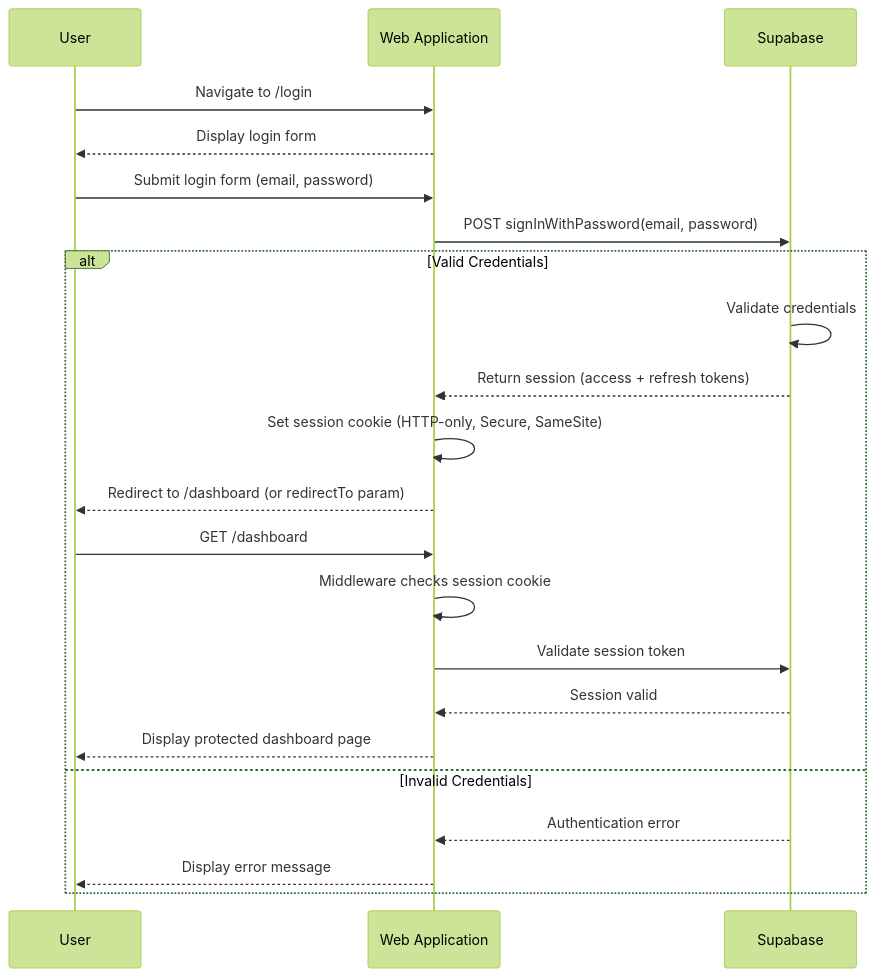
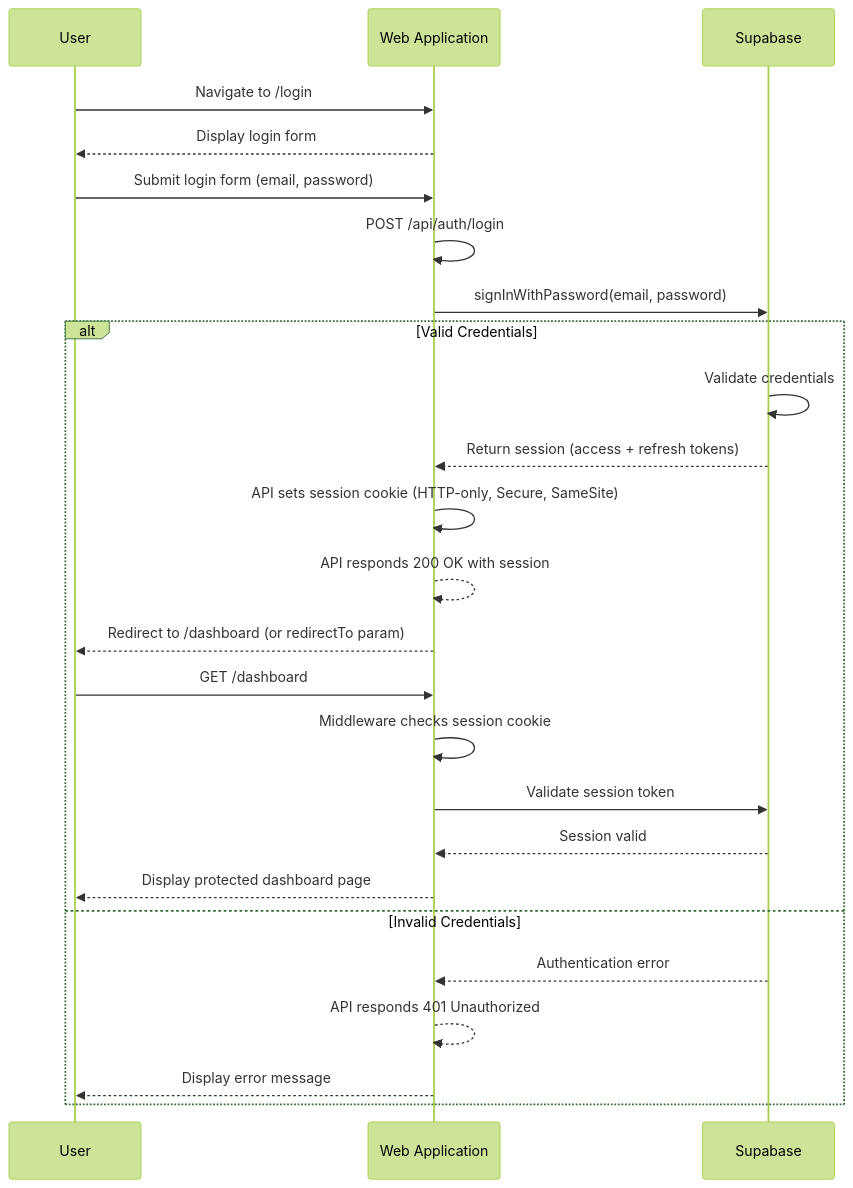
One commit to allev1985/topten changed the second of 3 diagrams in docs/decisions/auth-sequence-diagrams.md. Above: the diagram before and after it, drawn with Mermaid (forest theme). The commit also changed other lines of this file, not shown here.

First line of the commit message:
feat: Add API layer to authentication sequence diagrams

````diff
--- a/docs/decisions/auth-sequence-diagrams.md
+++ b/docs/decisions/auth-sequence-diagrams.md
@@ -44,27 +46,31 @@
 ```mermaid
 sequenceDiagram
     participant User
     participant WebApp as Web Application
     participant Supabase
 
     User->>WebApp: Navigate to /login
     WebApp-->>User: Display login form
 
     User->>WebApp: Submit login form (email, password)
-    WebApp->>Supabase: POST signInWithPassword(email, password)
+    WebApp->>WebApp: POST /api/auth/login
+    WebApp->>Supabase: signInWithPassword(email, password)
 
     alt Valid Credentials
         Supabase->>Supabase: Validate credentials
         Supabase-->>WebApp: Return session (access + refresh tokens)
-        WebApp->>WebApp: Set session cookie (HTTP-only, Secure, SameSite)
+        WebApp->>WebApp: API sets session cookie (HTTP-only, Secure, SameSite)
+        WebApp-->>WebApp: API responds 200 OK with session
         WebApp-->>User: Redirect to /dashboard (or redirectTo param)
+
         User->>WebApp: GET /dashboard
         WebApp->>WebApp: Middleware checks session cookie
         WebApp->>Supabase: Validate session token
         Supabase-->>WebApp: Session valid
         WebApp-->>User: Display protected dashboard page
     else Invalid Credentials
         Supabase-->>WebApp: Authentication error
+        WebApp-->>WebApp: API responds 401 Unauthorized
         WebApp-->>User: Display error message
     end
 ```
````
